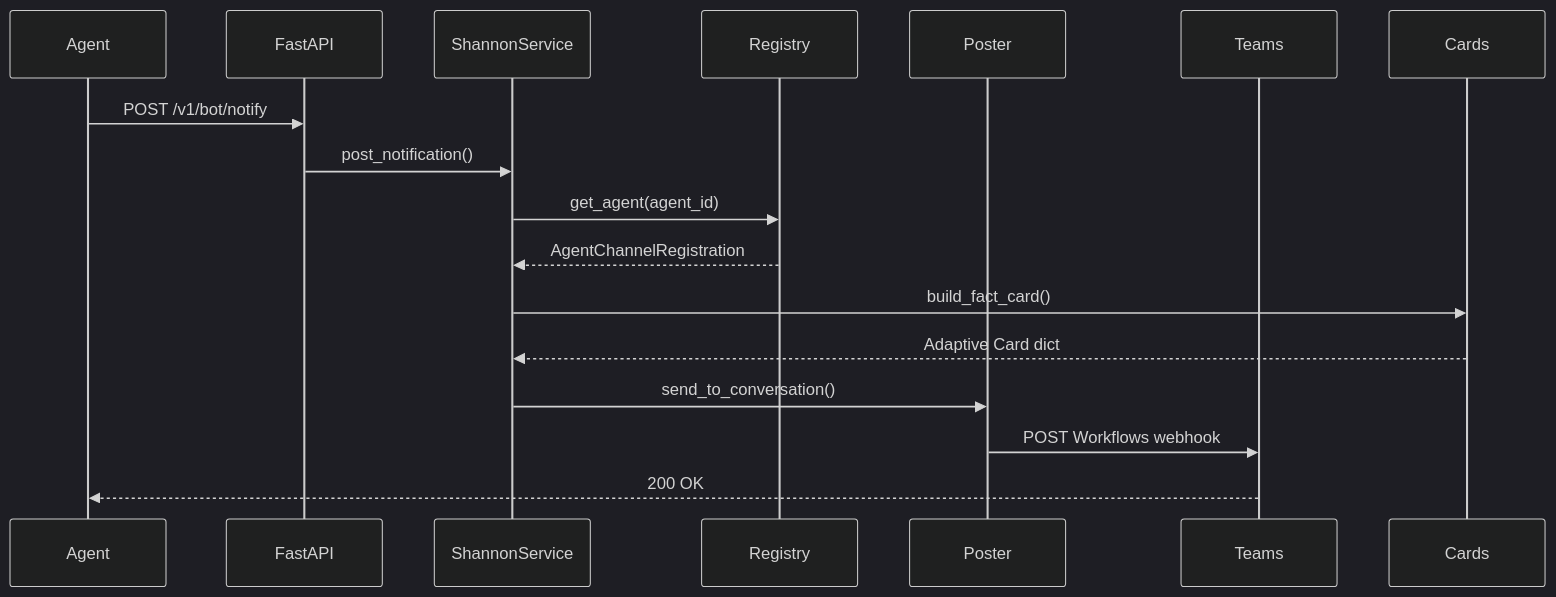
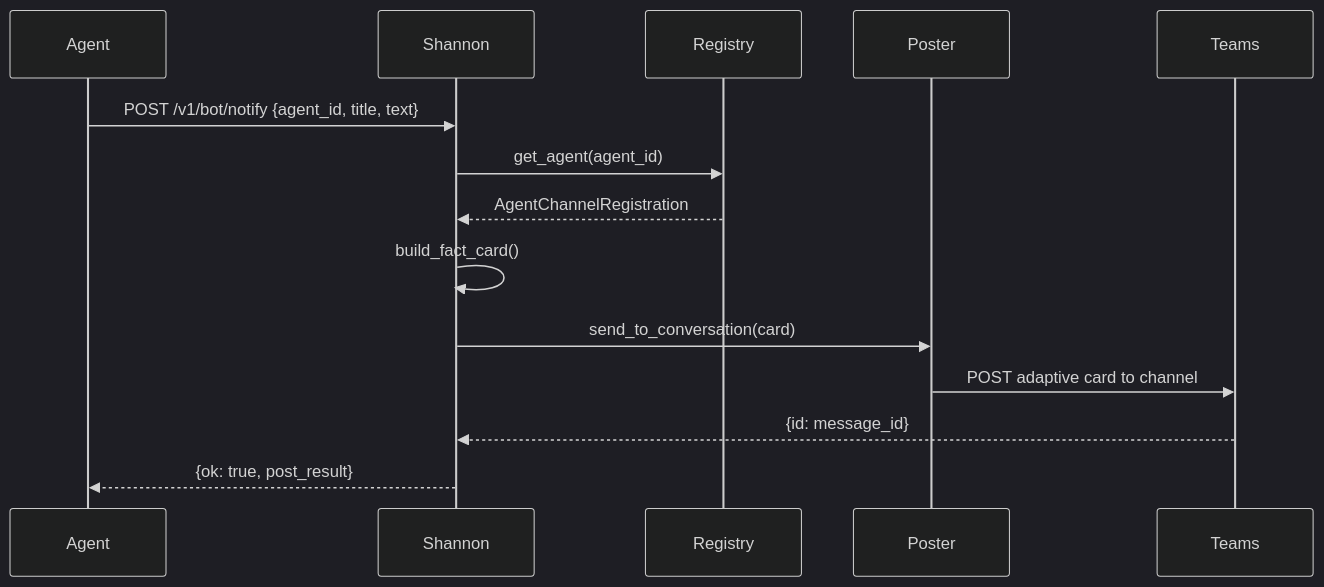
One commit to jmac-cornelis/agent-workforce changed the third of 4 diagrams in agents/shannon/docs/service.md. Above: the diagram before and after it, drawn with Mermaid (dark theme). The commit also changed other lines of this file and 7 other files, not shown here.

````diff
--- a/agents/shannon/docs/service.md
+++ b/agents/shannon/docs/service.md
@@ -87,19 +89,17 @@
 ```mermaid
 sequenceDiagram
     participant Agent
-    participant FastAPI
-    participant ShannonService
+    participant Shannon
     participant Registry
     participant Poster
     participant Teams
 
-    Agent->>FastAPI: POST /v1/bot/notify
-    FastAPI->>ShannonService: post_notification()
-    ShannonService->>Registry: get_agent(agent_id)
-    Registry-->>ShannonService: AgentChannelRegistration
-    ShannonService->>Cards: build_fact_card()
-    Cards-->>ShannonService: Adaptive Card dict
-    ShannonService->>Poster: send_to_conversation()
-    Poster->>Teams: POST Workflows webhook
-    Teams-->>Agent: 200 OK
+    Agent->>Shannon: POST /v1/bot/notify {agent_id, title, text}
+    Shannon->>Registry: get_agent(agent_id)
+    Registry-->>Shannon: AgentChannelRegistration
+    Shannon->>Shannon: build_fact_card()
+    Shannon->>Poster: send_to_conversation(card)
+    Poster->>Teams: POST adaptive card to channel
+    Teams-->>Shannon: {id: message_id}
+    Shannon-->>Agent: {ok: true, post_result}
 ```
````
